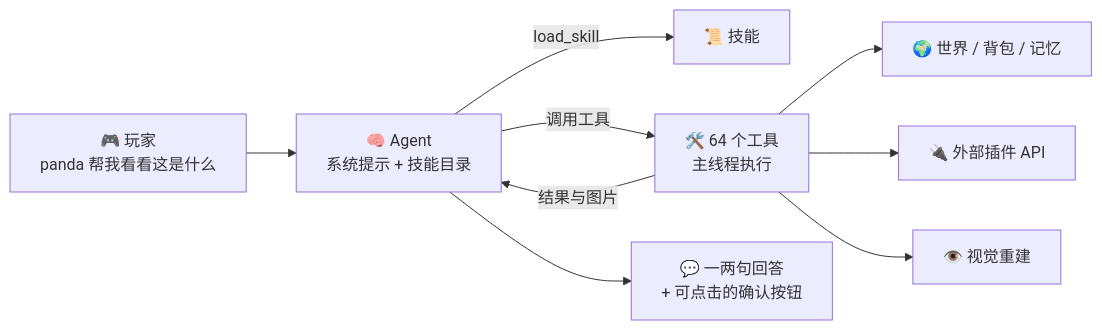
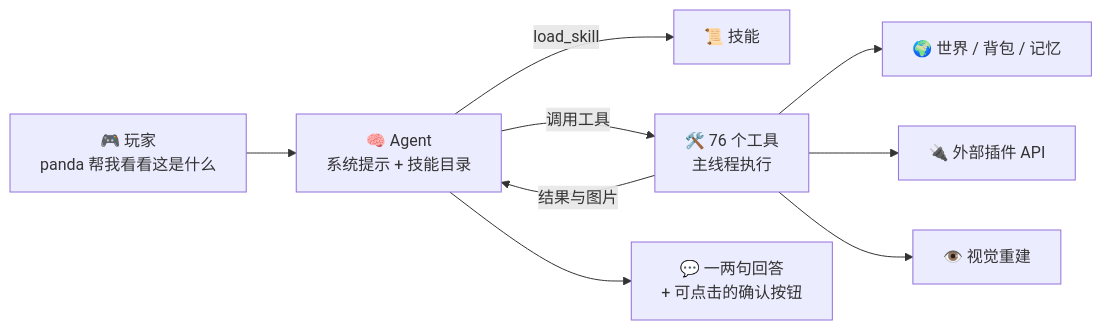
Before and after one commit to obsidianplusplus/PandaGPT: the diagram in docs/wiki/zh/Home.md, drawn with Mermaid. The commit also changed other lines of this file and 45 other files, not shown here.

````diff
--- a/docs/wiki/zh/Home.md
+++ b/docs/wiki/zh/Home.md
@@ -64,11 +64,11 @@
 ```mermaid
 flowchart LR
     P["🎮 玩家<br/>panda 帮我看看这是什么"] --> A["🧠 Agent<br/>系统提示 + 技能目录"]
     A -->|load_skill| S["📜 技能"]
-    A -->|调用工具| T["🛠️ 64 个工具<br/>主线程执行"]
+    A -->|调用工具| T["🛠️ 76 个工具<br/>主线程执行"]
     T --> W["🌍 世界 / 背包 / 记忆"]
     T --> I["🔌 外部插件 API"]
     T --> V["👁️ 视觉重建"]
     T -->|结果与图片| A
     A --> R["💬 一两句回答<br/>+ 可点击的确认按钮"]
 ```
````
